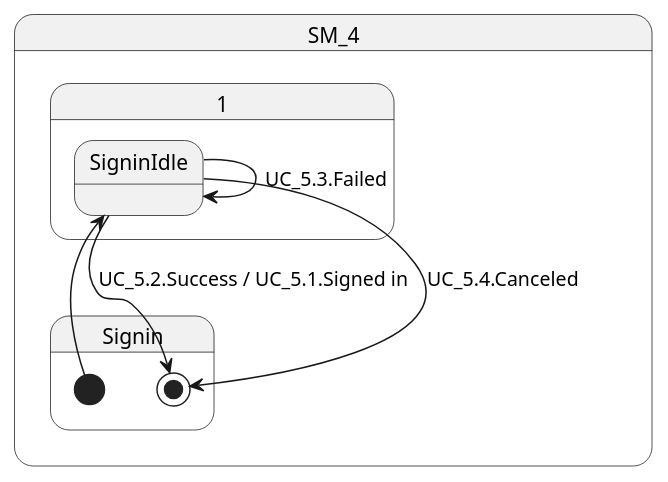
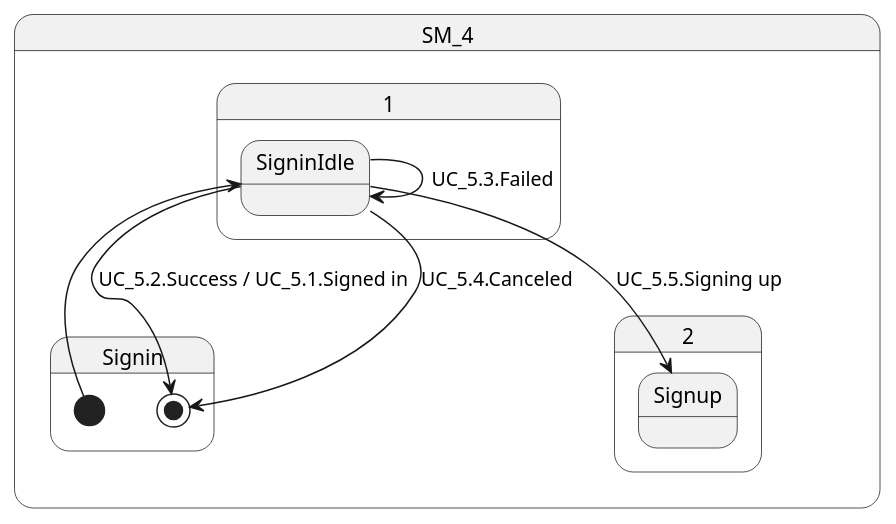
One commit to azarashin/Word2VecSOM changed the diagram in web/doc/state_chart/SM_4.pu. Above: the diagram before and after it, drawn with PlantUML. The commit also changed 3 other files, not shown here.

Commit message:
update diagrams for signup

```diff
--- a/web/doc/state_chart/SM_4.pu
+++ b/web/doc/state_chart/SM_4.pu
@@ -1,11 +1,13 @@
 @startuml
 
 state SM_4.Signin {
     [*] --> SM_4.1.SigninIdle
     SM_4.1.SigninIdle --> SM_4.1.SigninIdle : UC_5.3.Failed
     SM_4.1.SigninIdle --> [*] : UC_5.2.Success / UC_5.1.Signed in
     SM_4.1.SigninIdle --> [*] : UC_5.4.Canceled
+    
+    SM_4.1.SigninIdle --> SM_4.2.Signup : UC_5.5.Signing up
 }
 
 
 @enduml
```
